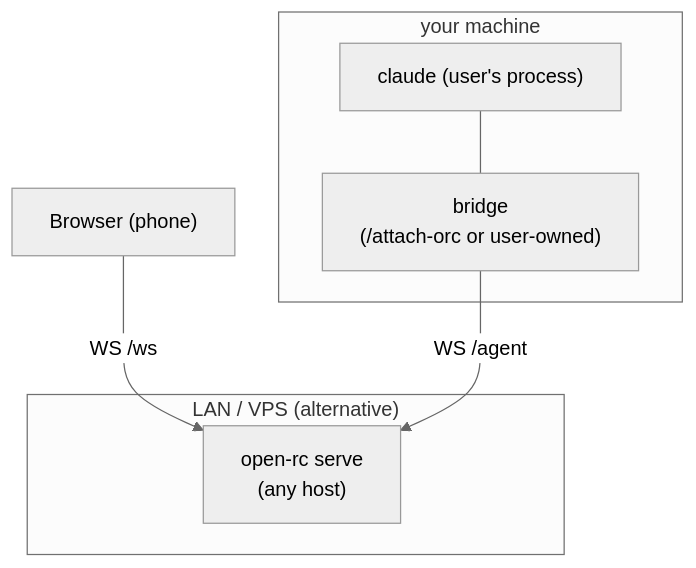
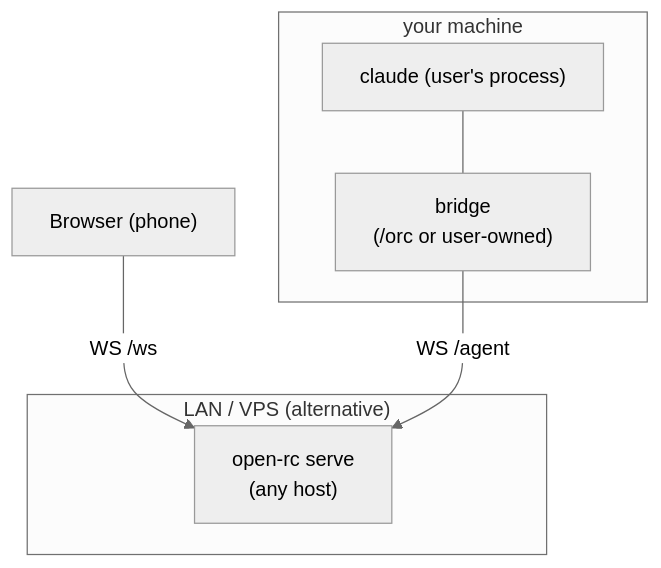
The third of 3 diagrams in README.md (Cohey0727/OpenRemoteControl), drawn with Mermaid (neutral theme) before and after one commit. The commit also changed other lines of this file and 13 other files, not shown here.

````diff
--- a/README.md
+++ b/README.md
@@ -375,11 +375,11 @@
 ```mermaid
 flowchart TB
     subgraph remote["LAN / VPS (alternative)"]
         serve2["open-rc serve<br/>(any host)"]
     end
     phone["Browser (phone)"] -- "WS /ws" --> serve2
     subgraph machine["your machine"]
-        claude2["claude (user's process)"] --- bridge2["bridge<br/>(/attach-orc or user-owned)"]
+        claude2["claude (user's process)"] --- bridge2["bridge<br/>(/orc or user-owned)"]
     end
     bridge2 -- "WS /agent" --> serve2
 ```
````
